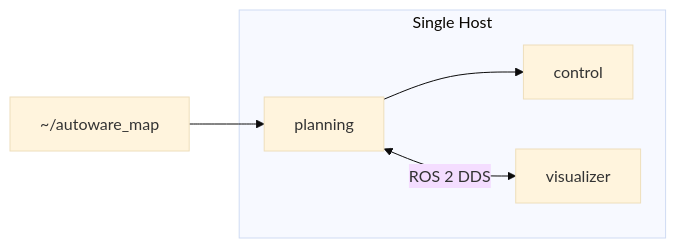
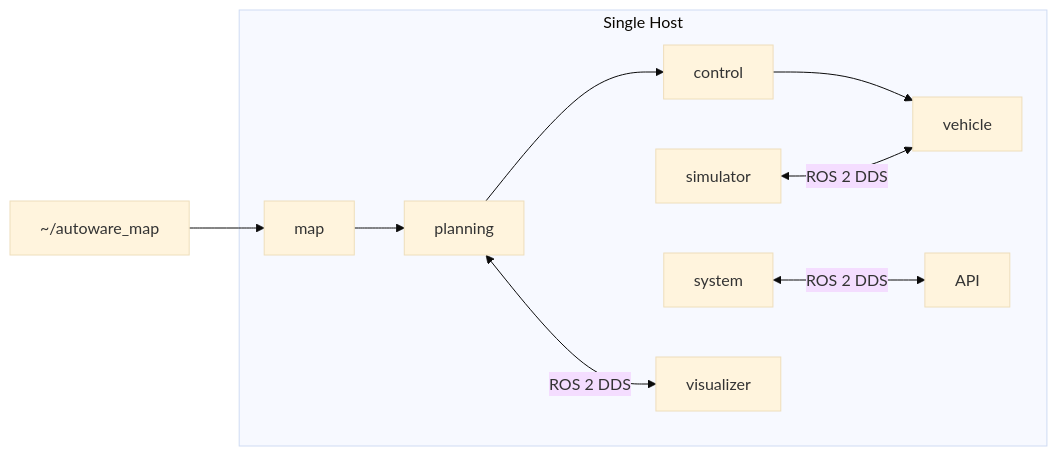
Before and after one commit to autowarefoundation/openadkit: the diagram in docs/deployment/planning-simulation/index.md, drawn with Mermaid (base theme). The commit also changed other lines of this file and 70 other files, not shown here.

````diff
--- a/docs/deployment/planning-simulation/index.md
+++ b/docs/deployment/planning-simulation/index.md
@@ -89,12 +132,21 @@
 ```mermaid
 flowchart LR
     subgraph Host["Single Host"]
+        M[map]
         P[planning]
         C[control]
+        V[vehicle]
+        S[system]
+        SIM[simulator]
+        API[API]
         VIZ[visualizer]
     end
 
-    Map[~/autoware_map] --> P
+    Map[~/autoware_map] --> M
+    M --> P
     P --> C
+    C --> V
+    SIM <-->|ROS 2 DDS| V
+    S <-->|ROS 2 DDS| API
     P <-->|ROS 2 DDS| VIZ
 ```
````
